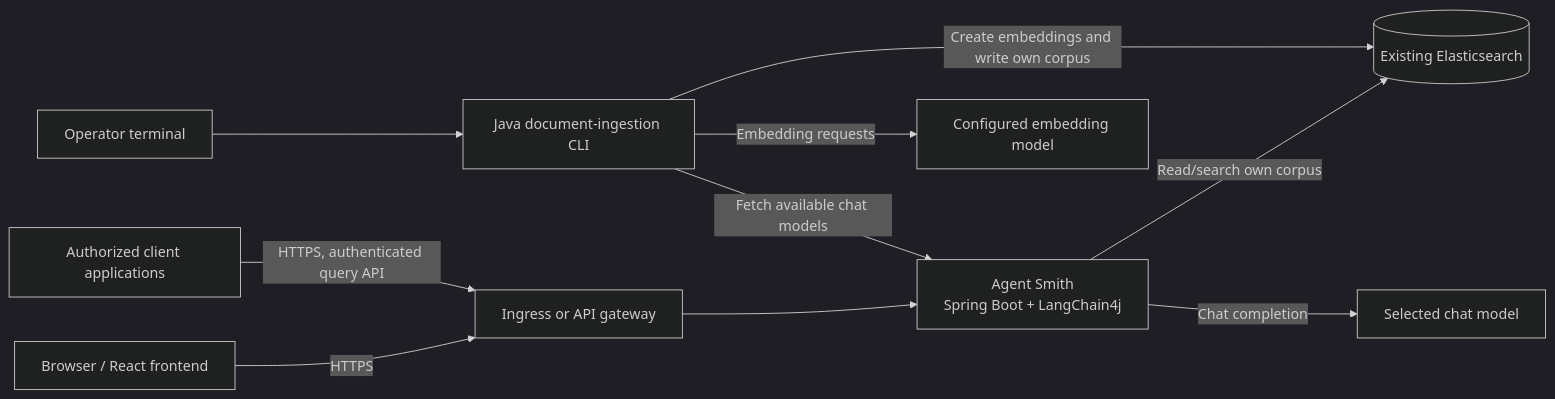
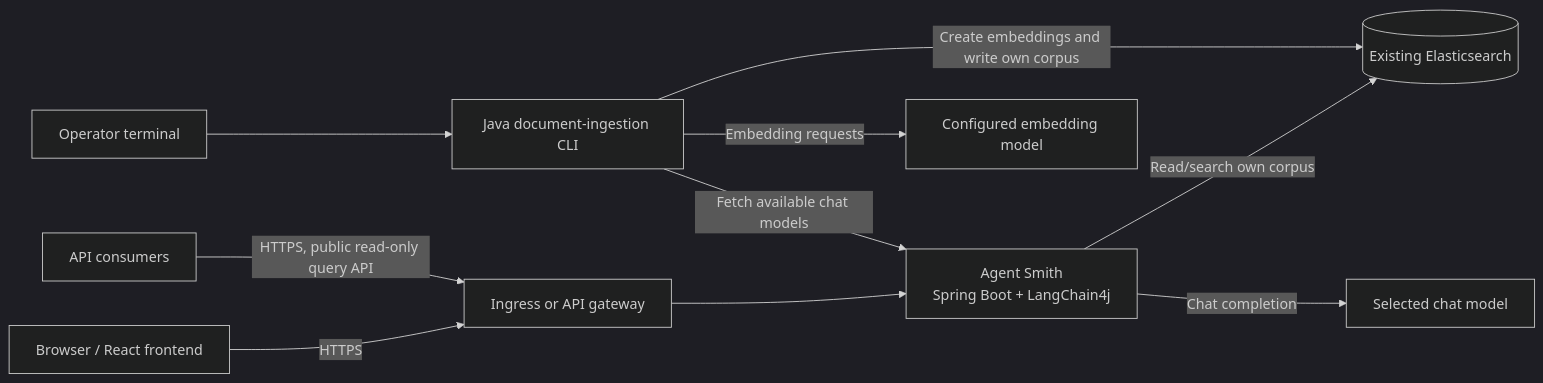
The diagram in ArchitecturePlan.md (tnais/AgentSmith), drawn with Mermaid (dark theme) before and after one commit. The commit also changed other lines of this file and 52 other files, not shown here.

````diff
--- a/ArchitecturePlan.md
+++ b/ArchitecturePlan.md
@@ -23,12 +251,12 @@
 ```mermaid
 flowchart LR
     Browser[Browser / React frontend] -->|HTTPS| Edge[Ingress or API gateway]
-    Consumers[Authorized client applications] -->|HTTPS, authenticated query API| Edge
+    Consumers[API consumers] -->|HTTPS, public read-only query API| Edge
     Edge --> Agent[Agent Smith\nSpring Boot + LangChain4j]
     Agent -->|Read/search own corpus| ES[(Existing Elasticsearch)]
     Agent -->|Chat completion| Chat[Selected chat model]
     Operator[Operator terminal] --> Ingest[Java document-ingestion CLI]
     Ingest -->|Fetch available chat models| Agent
     Ingest -->|Create embeddings and write own corpus| ES
     Ingest -->|Embedding requests| Embed[Configured embedding model]
 ```
````
